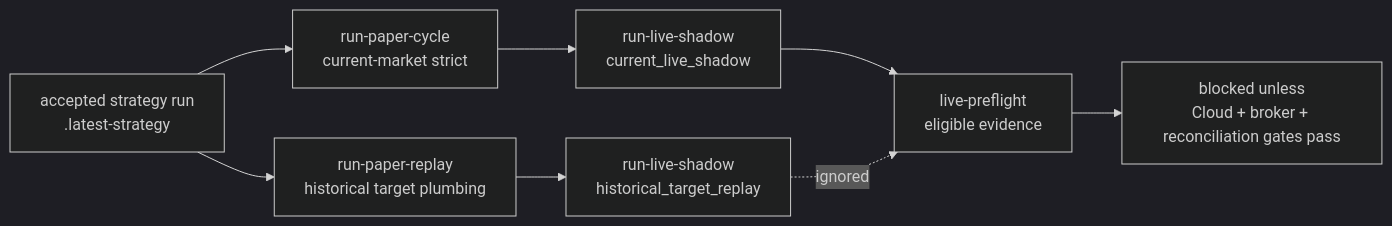
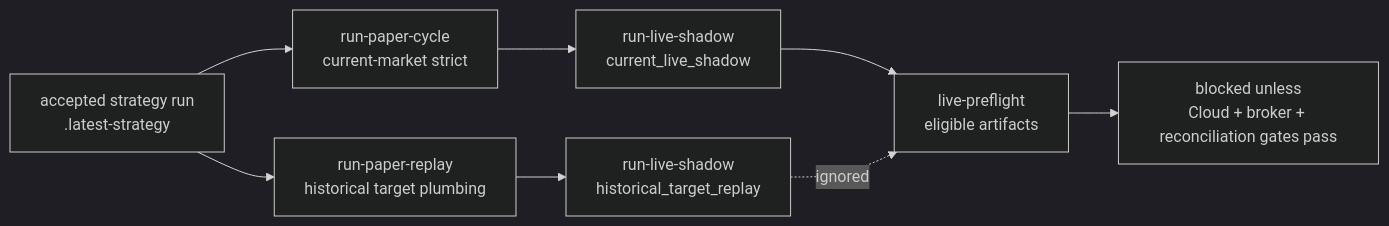
Before and after one commit to gigio1023/lincei-quant-research-engine: the diagram in docs/full-lean-backtest-setup.md, drawn with Mermaid (dark theme). The commit also changed other lines of this file and 206 other files, not shown here.

````diff
--- a/docs/full-lean-backtest-setup.md
+++ b/docs/full-lean-backtest-setup.md
@@ -253,10 +325,10 @@
 ```mermaid
 flowchart LR
     STRATEGY["accepted strategy run<br/>.latest-strategy"] --> CURRENT["run-paper-cycle<br/>current-market strict"]
     STRATEGY --> REPLAY["run-paper-replay<br/>historical target plumbing"]
     CURRENT --> SHADOWCURRENT["run-live-shadow<br/>current_live_shadow"]
     REPLAY --> SHADOWREPLAY["run-live-shadow<br/>historical_target_replay"]
-    SHADOWCURRENT --> PREFLIGHT["live-preflight<br/>eligible evidence"]
+    SHADOWCURRENT --> PREFLIGHT["live-preflight<br/>eligible artifacts"]
     SHADOWREPLAY -. ignored .-> PREFLIGHT
     PREFLIGHT --> BLOCKED["blocked unless<br/>Cloud + broker + reconciliation gates pass"]
 ```
````
